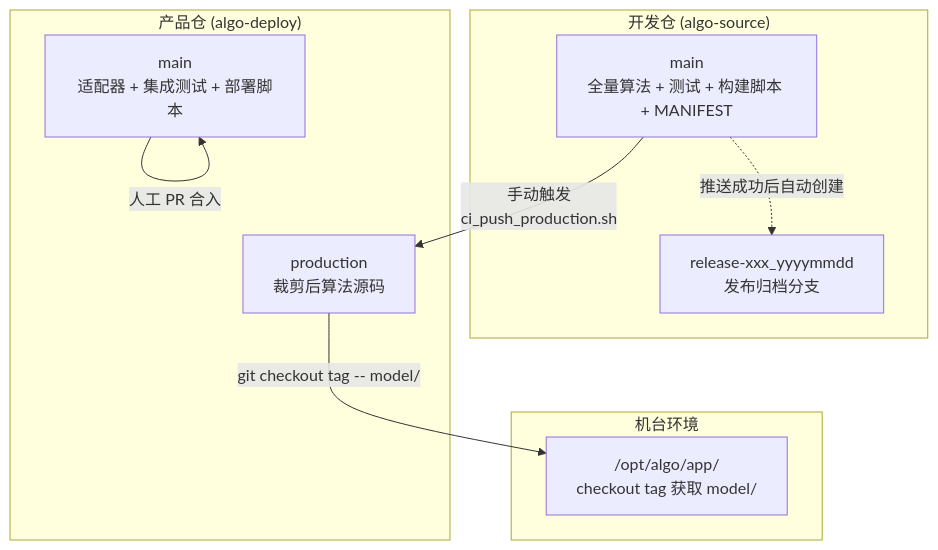
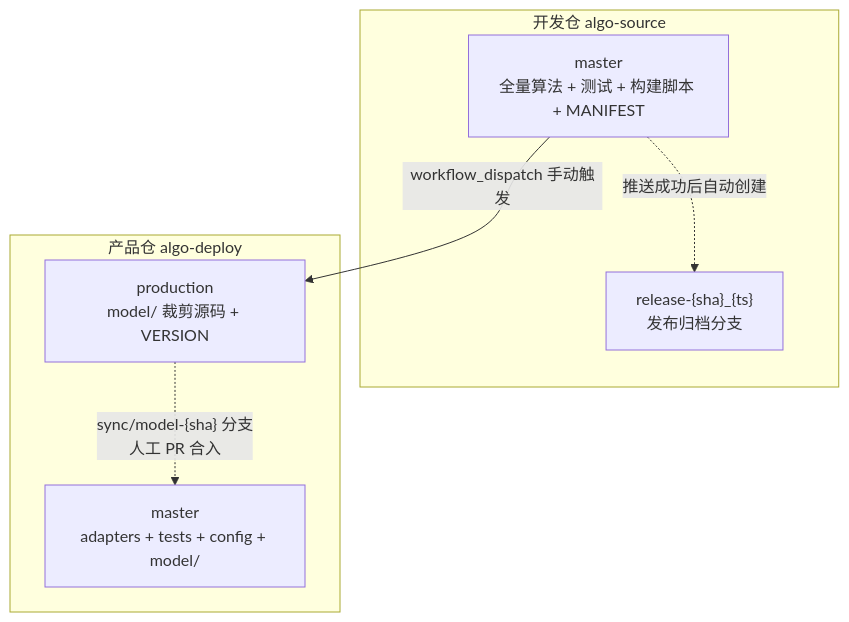
One commit to Xubenbenn/algo-source changed the first of 3 diagrams in docs/design-doc-python-repo-split.md. Above: the diagram before and after it, drawn with Mermaid. The commit also changed other lines of this file, not shown here.

````diff
--- a/docs/design-doc-python-repo-split.md
+++ b/docs/design-doc-python-repo-split.md
@@ -26,21 +20,16 @@
 ```mermaid
 graph TB
-    subgraph 开发仓["开发仓 (algo-source)"]
-        S_main["main<br/>全量算法 + 测试 + 构建脚本 + MANIFEST"]
-        S_release["release-xxx_yyyymmdd<br/>发布归档分支"]
+    subgraph 开发仓["开发仓 algo-source"]
+        S_master["master<br/>全量算法 + 测试 + 构建脚本 + MANIFEST"]
+        S_release["release-{sha}_{ts}<br/>发布归档分支"]
     end
 
-    subgraph 产品仓["产品仓 (algo-deploy)"]
-        D_main["main<br/>适配器 + 集成测试 + 部署脚本"]
-        D_prod["production<br/>裁剪后算法源码"]
+    subgraph 产品仓["产品仓 algo-deploy"]
+        D_master["master<br/>adapters + tests + config + model/"]
+        D_prod["production<br/>model/ 裁剪源码 + VERSION"]
     end
 
-    subgraph 机台["机台环境"]
-        M["/opt/algo/app/<br/>checkout tag 获取 model/"]
-    end
-
-    S_main -->|"手动触发<br/>ci_push_production.sh"| D_prod
-    S_main -.->|"推送成功后自动创建"| S_release
-    D_prod -->|"git checkout tag -- model/"| M
-    D_main -->|"人工 PR 合入"| D_main
+    S_master -->|"workflow_dispatch 手动触发"| D_prod
+    S_master -.->|"推送成功后自动创建"| S_release
+    D_prod -.->|"sync/model-{sha} 分支<br/>人工 PR 合入"| D_master
 ```
````
